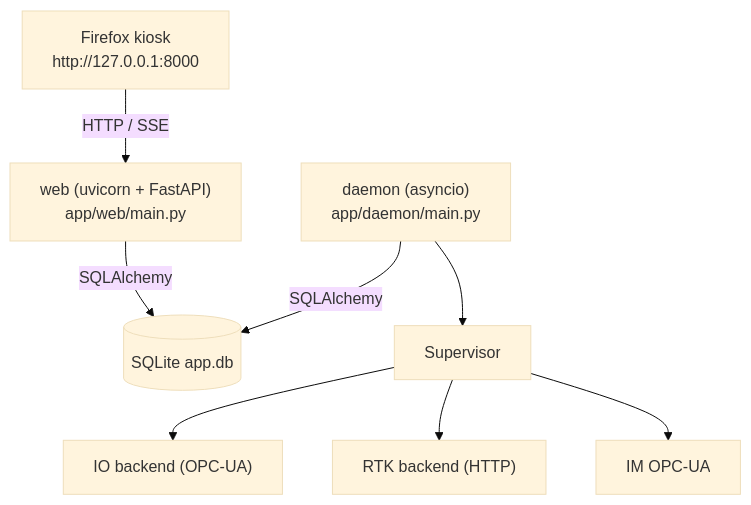
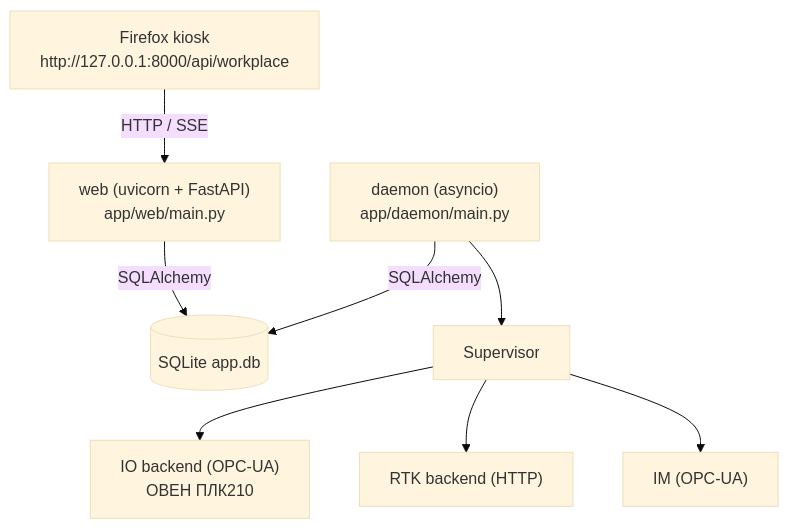
One commit to nnoskov/ABCD changed the diagram in README.md. Above: the diagram before and after it, drawn with Mermaid (base theme). The commit also changed 1 other file, not shown here.

Commit message:
Update Readme files.

````diff
--- a/README.md
+++ b/README.md
@@ -27,19 +27,19 @@
 ```mermaid
 flowchart TD
-    FF["Firefox kiosk<br/>http://127.0.0.1:8000"]
+    FF["Firefox kiosk<br/>http://127.0.0.1:8000/api/workplace"]
     WEB["web (uvicorn + FastAPI)<br/>app/web/main.py"]
     DB[("SQLite app.db")]
     DMN["daemon (asyncio)<br/>app/daemon/main.py"]
     SUP["Supervisor"]
-    IO["IO backend (OPC-UA)"]
+    IO["IO backend (OPC-UA) <br/>ОВЕН ПЛК210"]
     RTK["RTK backend (HTTP)"]
-    IM["IM OPC-UA"]
+    IM["IM (OPC-UA)"]
 
     FF -->|HTTP / SSE| WEB
     WEB -->|SQLAlchemy| DB
     DMN -->|SQLAlchemy| DB
     DMN --> SUP
     SUP --> IO
     SUP --> RTK
     SUP --> IM
 ```
````
